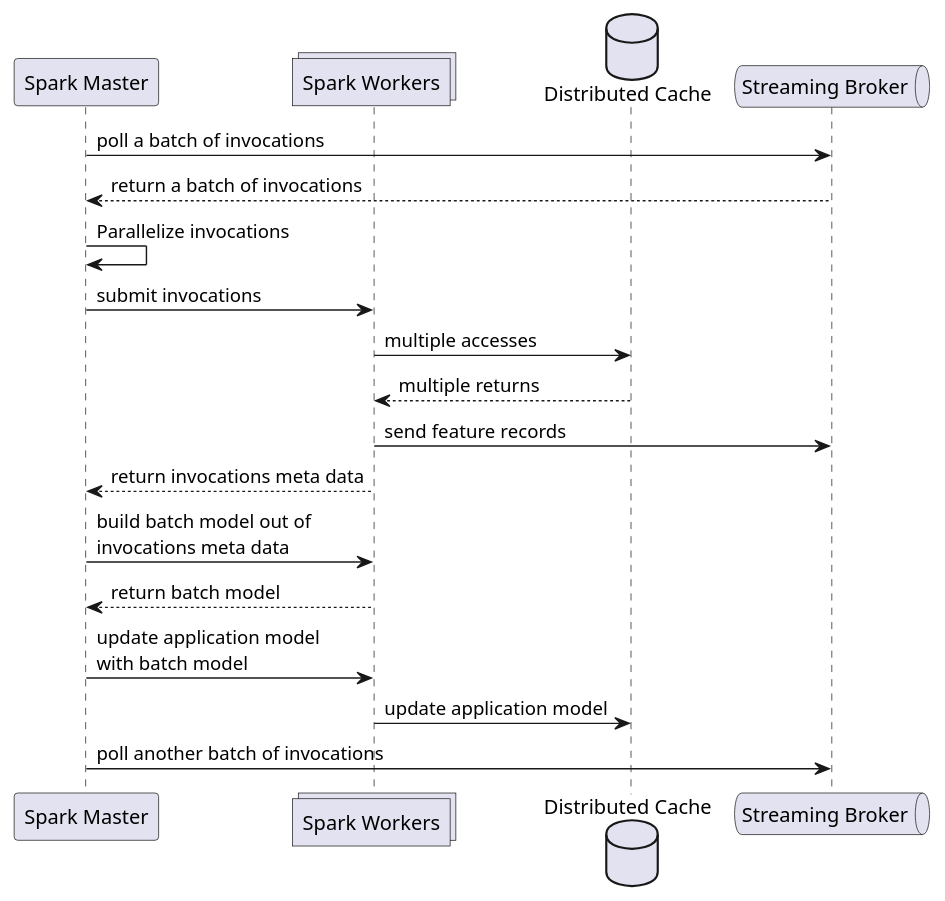
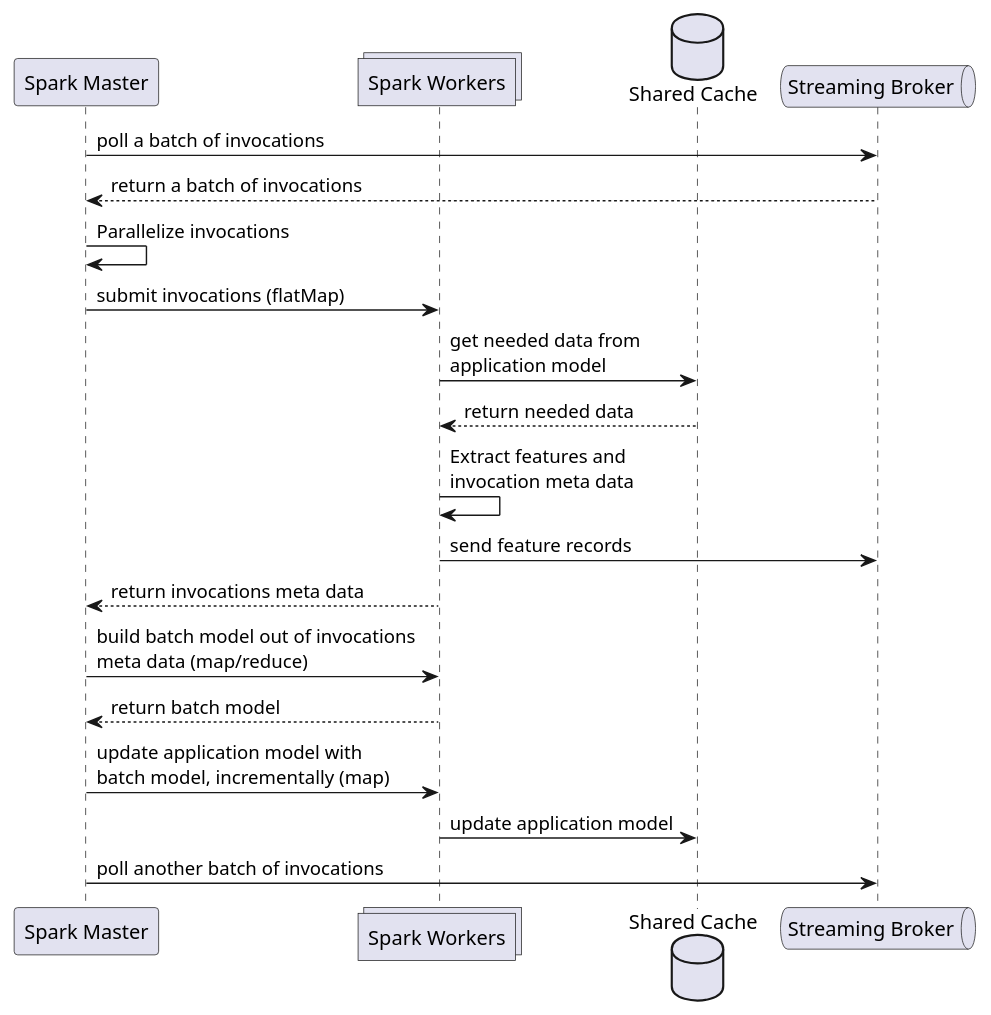
Before and after one commit to oiraqi/immunizer-acquisition: the diagram in framework/src/main/resources/sequence-diagram.wsd, drawn with PlantUML. The commit also changed 1 other file, not shown here.

```diff
--- a/framework/src/main/resources/sequence-diagram.wsd
+++ b/framework/src/main/resources/sequence-diagram.wsd
@@ -1,19 +1,20 @@
 @startuml SequenceDiagram
 participant "Spark Master" as Master
 collections "Spark Workers" as Workers
-database "Distributed Cache" as Cache
+database "Shared Cache" as Cache
 queue "Streaming Broker" as Broker
 Master -> Broker : poll a batch of invocations
 Broker --> Master : return a batch of invocations
 Master -> Master : Parallelize invocations
-Master -> Workers : submit invocations
-Workers -> Cache : multiple accesses
-Cache --> Workers : multiple returns
+Master -> Workers : submit invocations (flatMap)
+Workers -> Cache : get needed data from\napplication model
+Cache --> Workers : return needed data
+Workers -> Workers : Extract features and\ninvocation meta data
 Workers -> Broker : send feature records
 Workers --> Master : return invocations meta data
-Master -> Workers : build batch model out of\ninvocations meta data
+Master -> Workers : build batch model out of invocations\nmeta data (map/reduce)
 Workers --> Master : return batch model
-Master -> Workers : update application model\nwith batch model
+Master -> Workers : update application model with\nbatch model, incrementally (map)
 Workers -> Cache : update application model
 Master -> Broker : poll another batch of invocations
 @enduml
```
